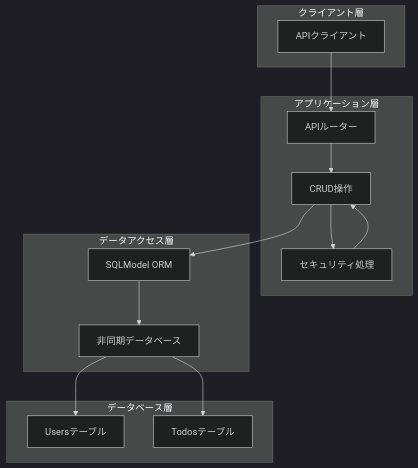
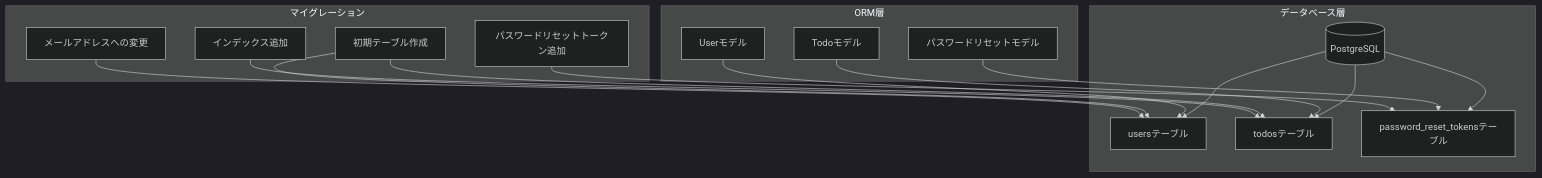
The first of 4 diagrams in .qoder/repowiki/ja/content/データベース設計/データベース設計.md (ss8806/Todos), drawn with Mermaid (dark theme) before and after one commit. The commit also changed other lines of this file and 106 other files, not shown here.

````diff
--- a/.qoder/repowiki/ja/content/データベース設計/データベース設計.md
+++ b/.qoder/repowiki/ja/content/データベース設計/データベース設計.md
@@ -115,27 +38,31 @@
 ```mermaid
 graph TB
-subgraph "クライアント層"
-API[APIクライアント]
+subgraph "データベース層"
+DB[(PostgreSQL)]
+Users[usersテーブル]
+Todos[todosテーブル]
+PasswordTokens[password_reset_tokensテーブル]
 end
-subgraph "アプリケーション層"
-APIRouters[APIルーター]
-CRUD[CRUD操作]
-Security[セキュリティ処理]
+subgraph "ORM層"
+UserModel[Userモデル]
+TodoModel[Todoモデル]
+PasswordResetModel[パスワードリセットモデル]
 end
-subgraph "データアクセス層"
-SQLModel[SQLModel ORM]
-AsyncDB[非同期データベース]
+subgraph "マイグレーション"
+Migration1[初期テーブル作成]
+Migration2[メールアドレスへの変更]
+Migration3[インデックス追加]
+Migration4[パスワードリセットトークン追加]
 end
-subgraph "データベース層"
-Users[Usersテーブル]
-Todos[Todosテーブル]
-end
-API --> APIRouters
-APIRouters --> CRUD
-CRUD --> Security
-CRUD --> SQLModel
-SQLModel --> AsyncDB
-AsyncDB --> Users
-AsyncDB --> Todos
-Security --> CRUD
+DB --> Users
+DB --> Todos
+DB --> PasswordTokens
+UserModel --> Users
+TodoModel --> Todos
+PasswordResetModel --> PasswordTokens
+Migration1 --> Users
+Migration1 --> Todos
+Migration2 --> Users
+Migration3 --> Todos
+Migration4 --> PasswordTokens
 ```
````
